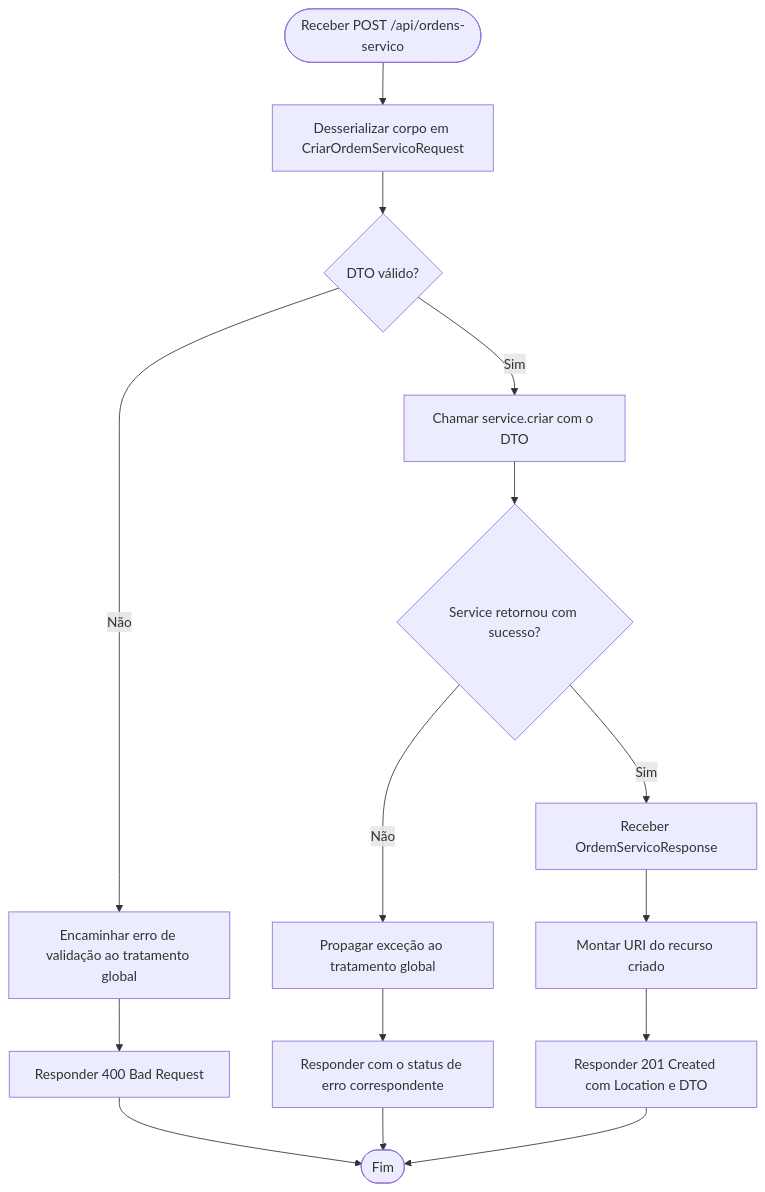
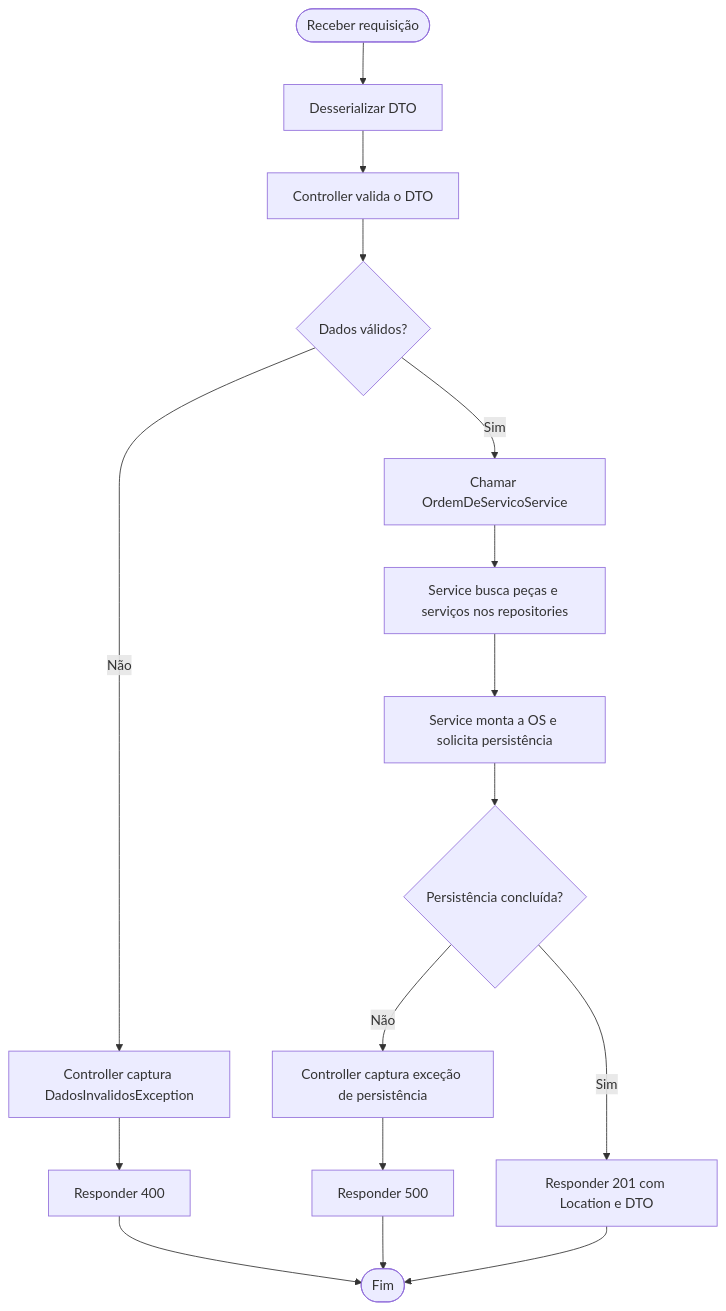
One commit to Gitthe05/mecaniQA-api-belo_horizonte changed the diagram in docs/diagrama-atividade-criar-os.md. Above: the diagram before and after it, drawn with Mermaid. The commit also changed other lines of this file and 70 other files, not shown here.

Commit message:
Implementa persistência com JDBC

````diff
--- a/docs/diagrama-atividade-criar-os.md
+++ b/docs/diagrama-atividade-criar-os.md
@@ -6,17 +3,18 @@
 ```mermaid
 flowchart TD
-    A([Receber POST /api/ordens-servico]) --> B[Desserializar corpo em CriarOrdemServicoRequest]
-    B --> C{DTO válido?}
-    C -- Não --> D[Encaminhar erro de validação ao tratamento global]
-    D --> E[Responder 400 Bad Request]
-    C -- Sim --> F[Chamar service.criar com o DTO]
-    F --> G{Service retornou com sucesso?}
-    G -- Não --> H[Propagar exceção ao tratamento global]
-    H --> I[Responder com o status de erro correspondente]
-    G -- Sim --> J[Receber OrdemServicoResponse]
-    J --> K[Montar URI do recurso criado]
-    K --> L[Responder 201 Created com Location e DTO]
-    E --> M([Fim])
-    I --> M
-    L --> M
+    A([Receber requisição]) --> B[Desserializar DTO]
+    B --> C[Controller valida o DTO]
+    C --> D{Dados válidos?}
+    D -- Não --> E[Controller captura DadosInvalidosException]
+    E --> F[Responder 400]
+    D -- Sim --> G[Chamar OrdemDeServicoService]
+    G --> H[Service busca peças e serviços nos repositories]
+    H --> I[Service monta a OS e solicita persistência]
+    I --> J{Persistência concluída?}
+    J -- Não --> K[Controller captura exceção de persistência]
+    K --> L[Responder 500]
+    J -- Sim --> M[Responder 201 com Location e DTO]
+    F --> N([Fim])
+    L --> N
+    M --> N
 ```
````
